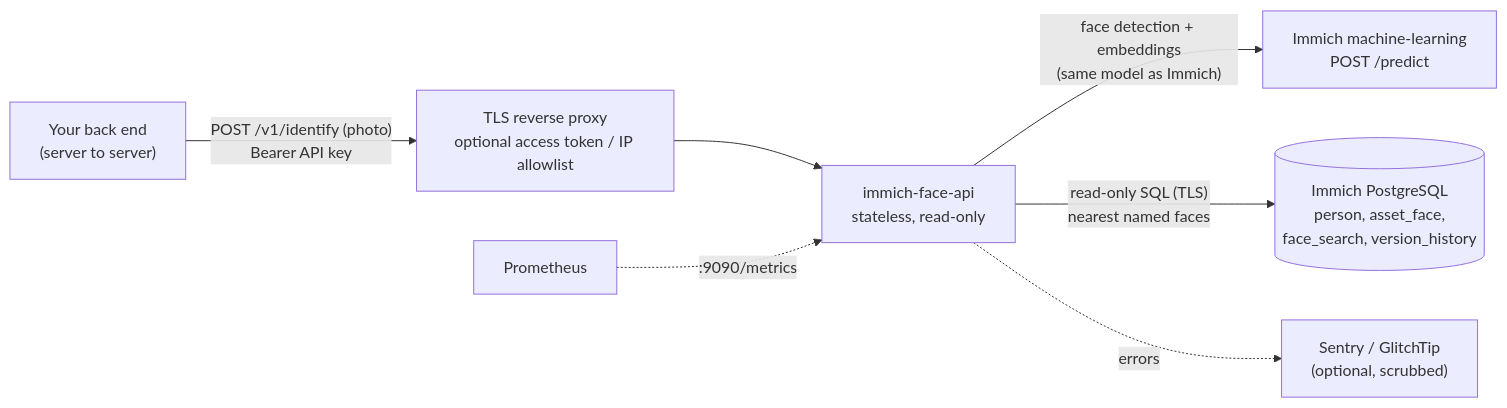
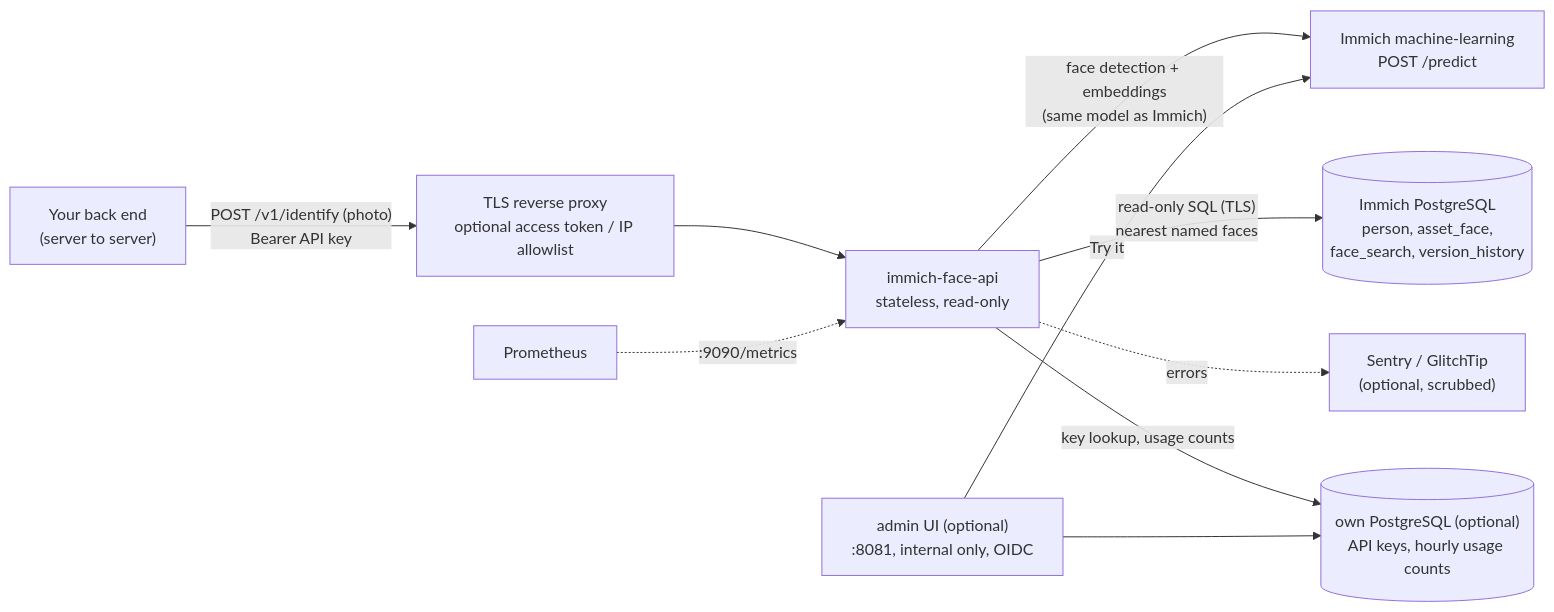
Before and after one commit to alee-ibrahim/immich-face-api: the diagram in README.md, drawn with Mermaid. The commit also changed other lines of this file and 35 other files, not shown here.

First line of the commit message:
Optional admin UI and own store: app keys, usage analytics, try it (#3)

````diff
--- a/README.md
+++ b/README.md
@@ -33,16 +33,21 @@
 ```mermaid
 flowchart LR
     client["Your back end<br/>(server to server)"]
     proxy["TLS reverse proxy<br/>optional access token / IP allowlist"]
     api["immich-face-api<br/>stateless, read-only"]
     ml["Immich machine-learning<br/>POST /predict"]
     db[("Immich PostgreSQL<br/>person, asset_face,<br/>face_search, version_history")]
     prom["Prometheus"]
     sentry["Sentry / GlitchTip<br/>(optional, scrubbed)"]
 
     client -- "POST /v1/identify (photo)<br/>Bearer API key" --> proxy --> api
     api -- "face detection + embeddings<br/>(same model as Immich)" --> ml
     api -- "read-only SQL (TLS)<br/>nearest named faces" --> db
     prom -. ":9090/metrics" .-> api
     api -. errors .-> sentry
+    admin["admin UI (optional)<br/>:8081, internal only, OIDC"]
+    store[("own PostgreSQL (optional)<br/>API keys, hourly usage counts")]
+    api -- "key lookup, usage counts" --> store
+    admin --> store
+    admin -- "Try it" --> ml
 ```
````
